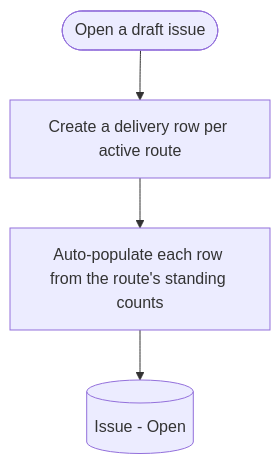
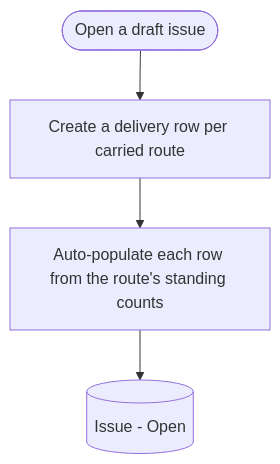
One commit to uwblueprint/beach-metro changed the third of 6 diagrams in docs/delivery_recording_flow.md. Above: the diagram before and after it, drawn with Mermaid. The commit also changed other lines of this file, not shown here.

Commit message:
Resolve substitute-deliverer and suspended-route open items

````diff
--- a/docs/delivery_recording_flow.md
+++ b/docs/delivery_recording_flow.md
@@ -159,6 +159,6 @@
 ```mermaid
 flowchart TD
-    Start([Open a draft issue]) --> Populate[Create a delivery row per active route]
+    Start([Open a draft issue]) --> Populate[Create a delivery row per carried route]
     Populate --> Seed[Auto-populate each row from the route's standing counts]
     Seed --> Open[(Issue - Open)]
 ```
````
